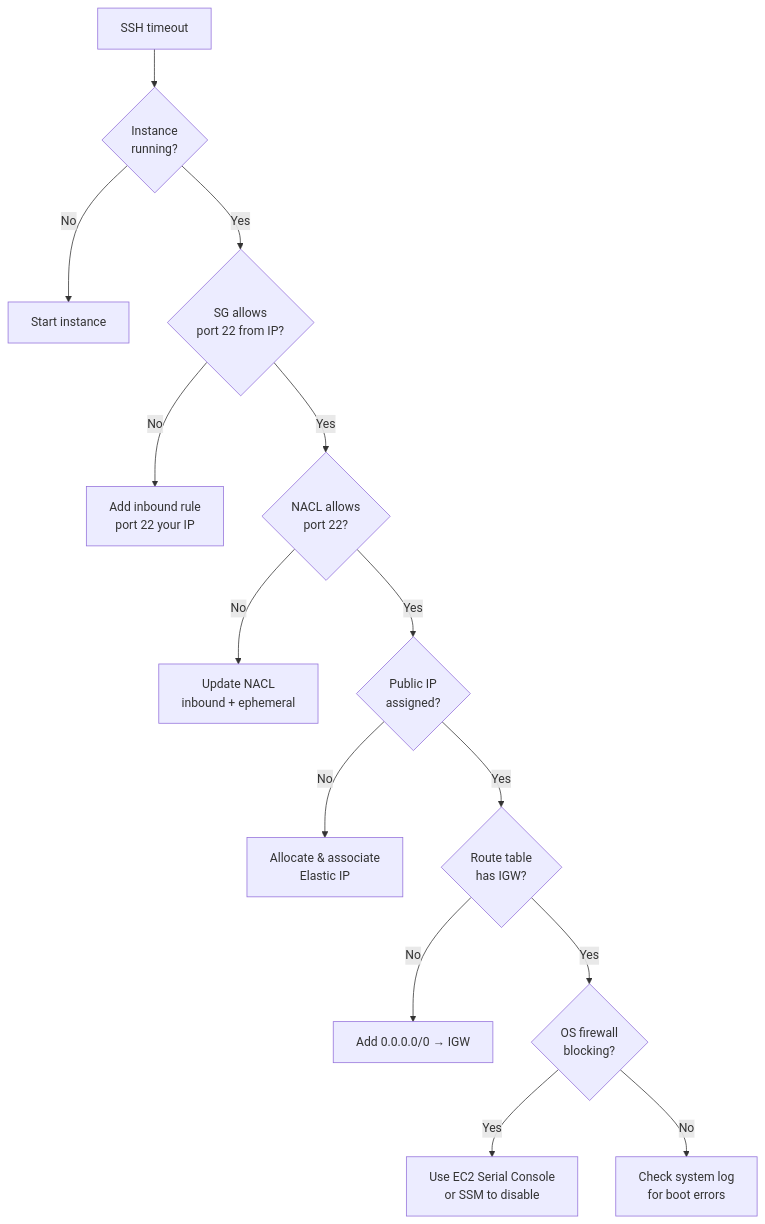
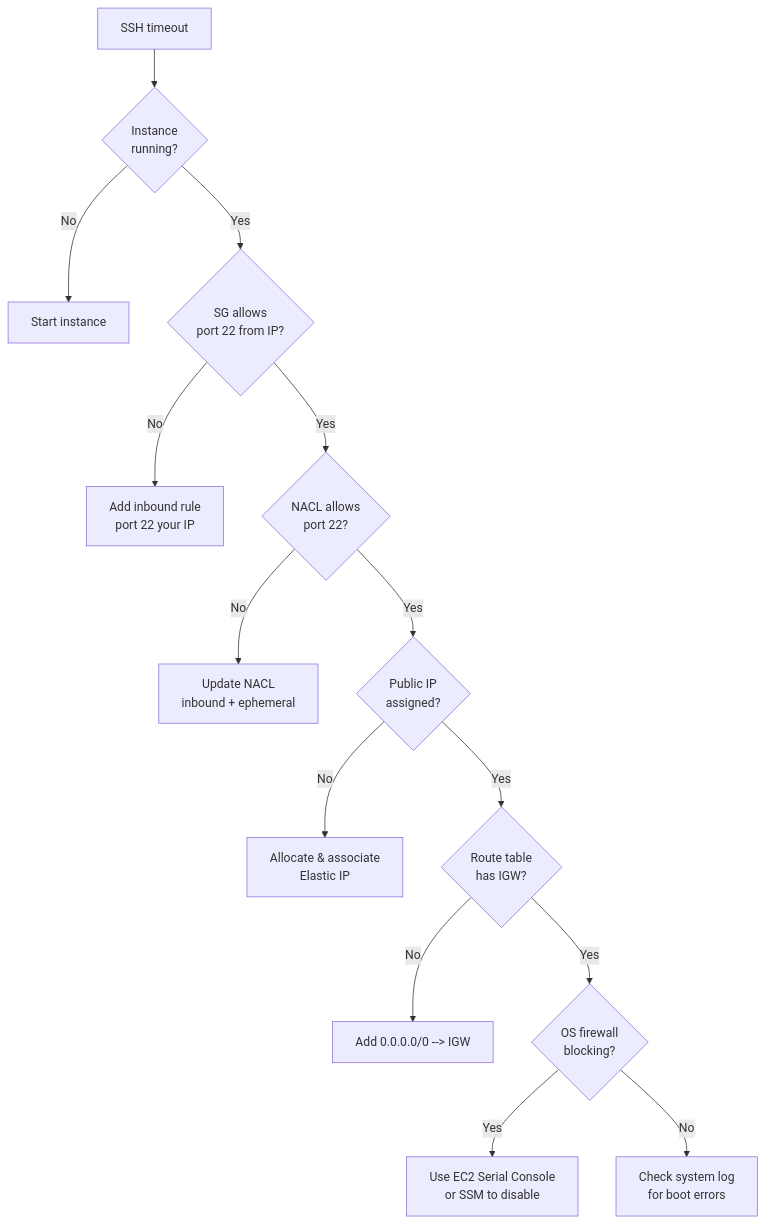
Before and after one commit to deepanshu-rawat6/tour-of-go: the first of 10 diagrams in devops/sre/aws-scenarios.md, drawn with Mermaid. The commit also changed other lines of this file and 25 other files, not shown here.

````diff
--- a/devops/sre/aws-scenarios.md
+++ b/devops/sre/aws-scenarios.md
@@ -7,16 +7,16 @@
 ```mermaid
 flowchart TD
     A[SSH timeout] --> B{Instance<br/>running?}
     B -- No --> B1[Start instance]
     B -- Yes --> C{SG allows<br/>port 22 from IP?}
     C -- No --> C1[Add inbound rule<br/>port 22 your IP]
     C -- Yes --> D{NACL allows<br/>port 22?}
     D -- No --> D1[Update NACL<br/>inbound + ephemeral]
     D -- Yes --> E{Public IP<br/>assigned?}
     E -- No --> E1[Allocate & associate<br/>Elastic IP]
     E -- Yes --> F{Route table<br/>has IGW?}
-    F -- No --> F1[Add 0.0.0.0/0 → IGW]
+    F -- No --> F1[Add 0.0.0.0/0 --> IGW]
     F -- Yes --> G{OS firewall<br/>blocking?}
     G -- Yes --> G1[Use EC2 Serial Console<br/>or SSM to disable]
     G -- No --> H[Check system log<br/>for boot errors]
 ```
````
